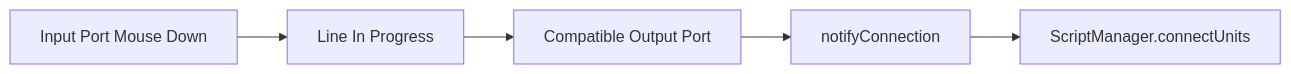
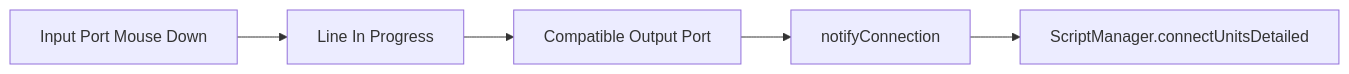
Before and after one commit to cornellev/ev-sim: the diagram in docs/scripting/ui-events.md, drawn with Mermaid. The commit also changed other lines of this file and 35 other files, not shown here.

````diff
--- a/docs/scripting/ui-events.md
+++ b/docs/scripting/ui-events.md
@@ -15,7 +15,7 @@
 ```mermaid
 flowchart LR
   inputPort[Input Port Mouse Down] --> lineInProgress[Line In Progress]
   lineInProgress --> outputPort[Compatible Output Port]
   outputPort --> notifyConnection[notifyConnection]
-  notifyConnection --> scriptManager[ScriptManager.connectUnits]
+  notifyConnection --> scriptManager[ScriptManager.connectUnitsDetailed]
 ```
````
